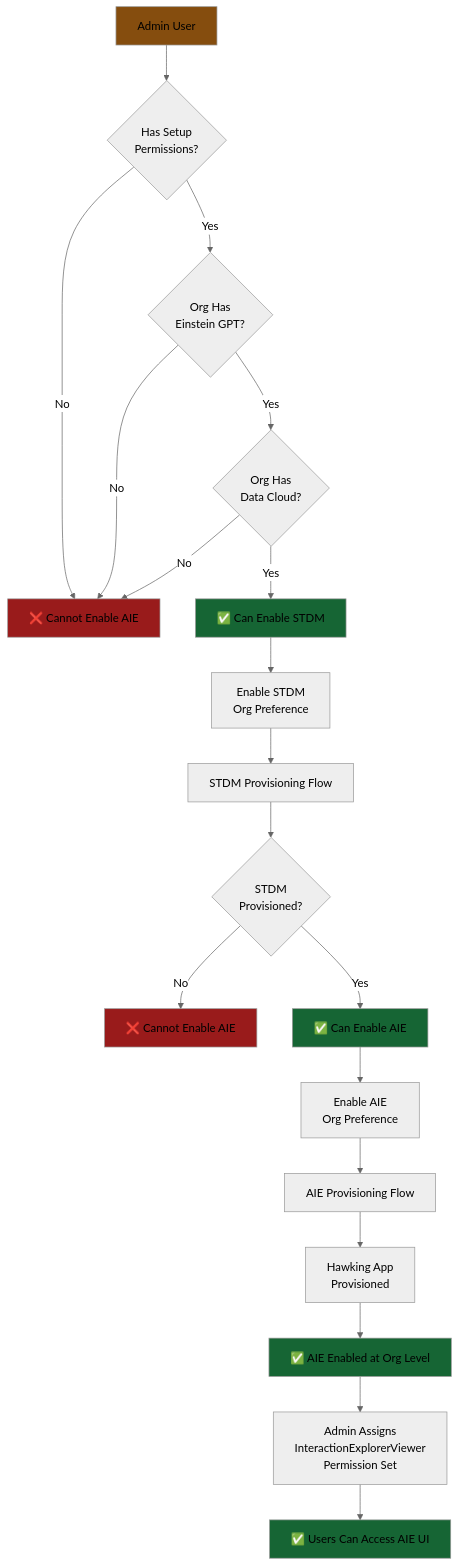
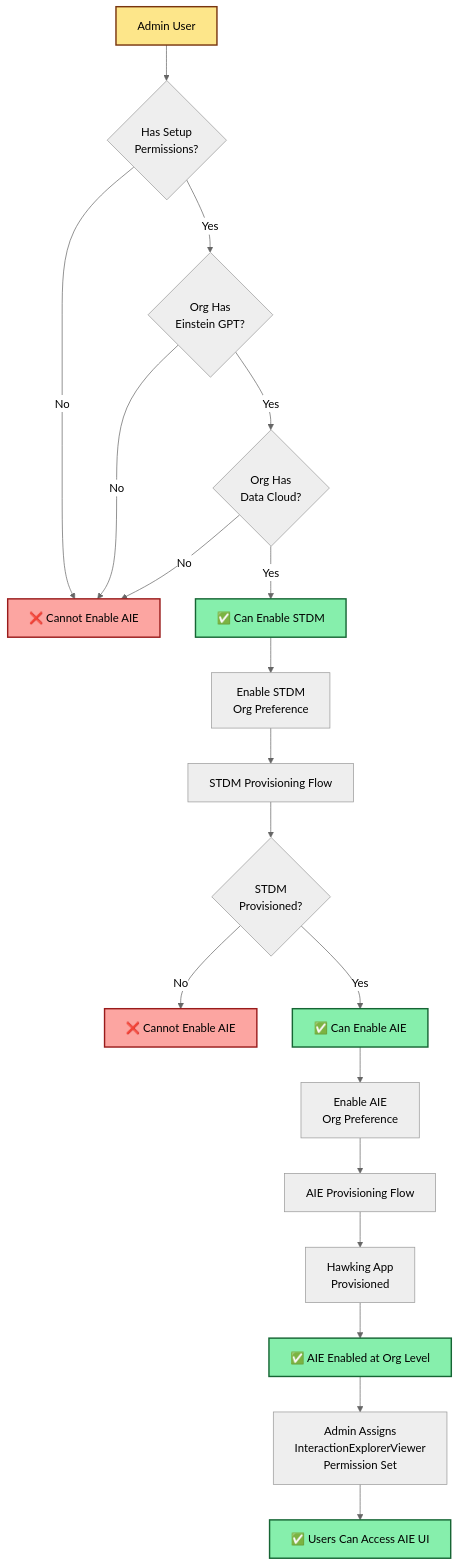
Before and after one commit to arupsarkar-sfdc/Misc: diagram 11 of 11 in agentforce/observability/README_Agentforce_Observability_System_Architecture.md, drawn with Mermaid (neutral theme). The commit also changed other lines of this file, not shown here.

````diff
--- a/agentforce/observability/README_Agentforce_Observability_System_Architecture.md
+++ b/agentforce/observability/README_Agentforce_Observability_System_Architecture.md
@@ -1252,32 +1258,32 @@
 ```mermaid
 graph TD
     A[Admin User] --> B{Has Setup<br/>Permissions?}
     B -->|No| FAIL1[❌ Cannot Enable AIE]
     B -->|Yes| C{Org Has<br/>Einstein GPT?}
     C -->|No| FAIL1
     C -->|Yes| D{Org Has<br/>Data Cloud?}
     D -->|No| FAIL1
     D -->|Yes| E[✅ Can Enable STDM]
     
     E --> F[Enable STDM<br/>Org Preference]
     F --> G[STDM Provisioning Flow]
     G --> H{STDM<br/>Provisioned?}
     H -->|No| FAIL2[❌ Cannot Enable AIE]
     H -->|Yes| I[✅ Can Enable AIE]
     
     I --> J[Enable AIE<br/>Org Preference]
     J --> K[AIE Provisioning Flow]
     K --> L[Hawking App<br/>Provisioned]
     L --> M[✅ AIE Enabled at Org Level]
     
     M --> N[Admin Assigns<br/>InteractionExplorerViewer<br/>Permission Set]
     N --> O[✅ Users Can Access AIE UI]
     
-    style A fill:#854d0e
-    style E fill:#166534
-    style I fill:#166534
-    style M fill:#166534
-    style O fill:#166534
-    style FAIL1 fill:#991b1b
-    style FAIL2 fill:#991b1b
+    style A fill:#fde68a,stroke:#78350f,stroke-width:2px,color:#000
+    style E fill:#86efac,stroke:#166534,stroke-width:2px,color:#000
+    style I fill:#86efac,stroke:#166534,stroke-width:2px,color:#000
+    style M fill:#86efac,stroke:#166534,stroke-width:2px,color:#000
+    style O fill:#86efac,stroke:#166534,stroke-width:2px,color:#000
+    style FAIL1 fill:#fca5a1,stroke:#991b1b,stroke-width:2px,color:#000
+    style FAIL2 fill:#fca5a1,stroke:#991b1b,stroke-width:2px,color:#000
 ```
````
